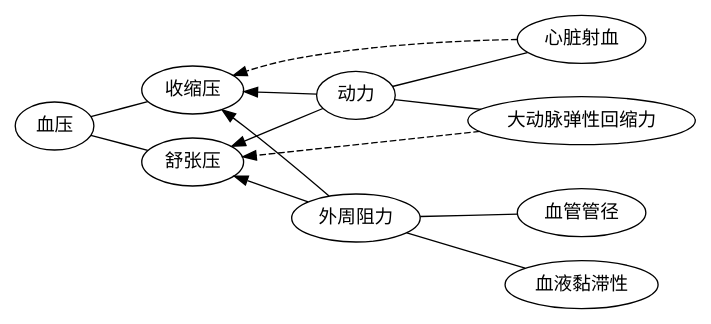
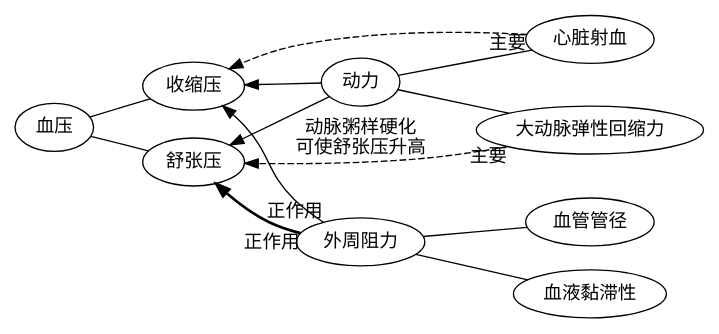
Before and after one commit to ccat3z/blog.ccat3z.xyz: the diagram in images/2016-11-29-scee-bio-12-6-blood-pressure/factor.dot, drawn with Graphviz. The commit also changed 3 other files, not shown here.

```diff
--- a/images/2016-11-29-scee-bio-12-6-blood-pressure/factor.dot
+++ b/images/2016-11-29-scee-bio-12-6-blood-pressure/factor.dot
@@ -1,25 +1,30 @@
 digraph factor {
     rankdir=RL
     {
-        edge [style = "dashed"]
+        edge [taillabel="主要" style="dashed"]
         心脏射血 -> 收缩压
-        大动脉弹性回缩力 -> 舒张压
+        大动脉弹性回缩力 -> 舒张压 [label="动脉粥样硬化\n可使舒张压升高"]
     }
     {
         edge [arrowhead="none"]
         血管管径 -> 外周阻力
         血液黏滞性 -> 外周阻力
 
         心脏射血 -> 动力
         大动脉弹性回缩力 -> 动力
 
         收缩压 -> 血压
         舒张压 -> 血压
     }
     {
         rank=same
         动力
         外周阻力
     }
-    { 动力 外周阻力 } -> { 收缩压 舒张压 }
+    动力 -> { 收缩压 舒张压 }
+    {
+        edge [taillabel="正作用"]
+        外周阻力 -> 舒张压 [style="bold"]
+        外周阻力 -> 收缩压
+    }
 }
```
